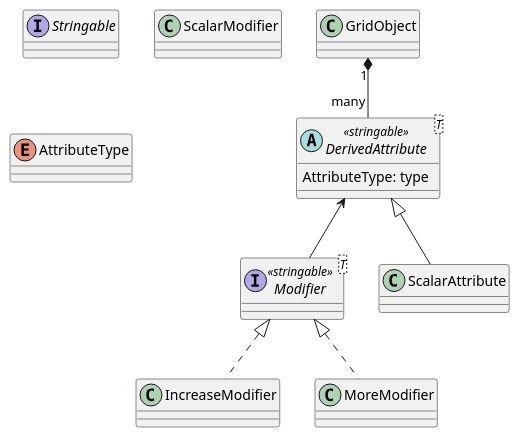
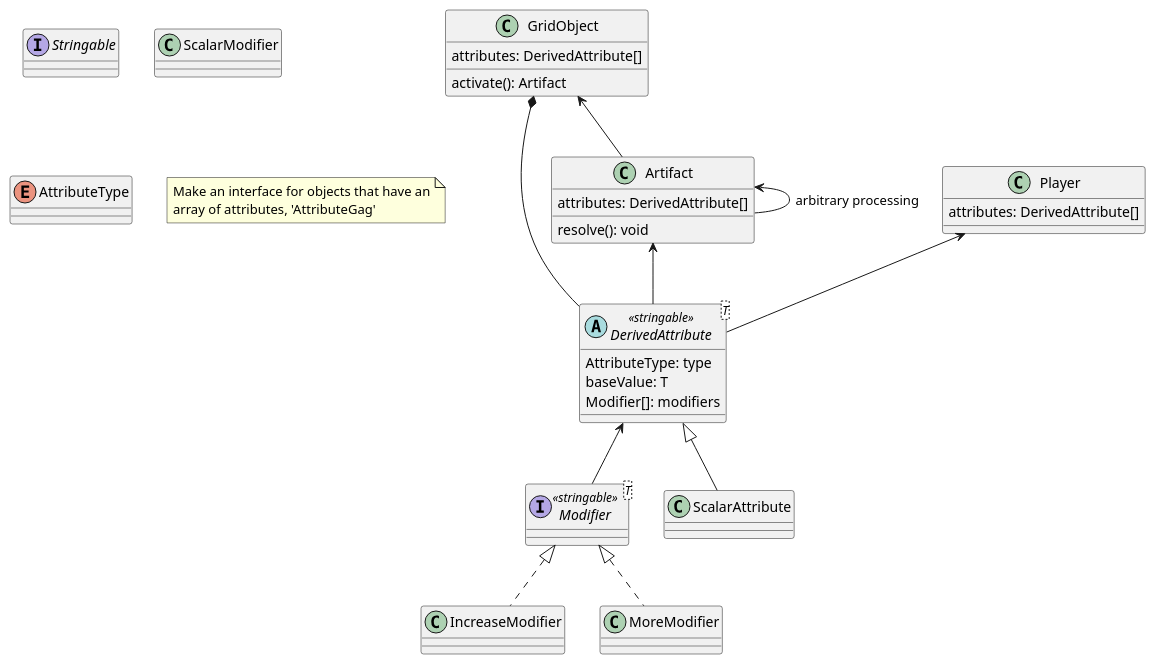
The diagram in src/docs/attributes.wsd (halljared/bpb-simulator), drawn with PlantUML before and after one commit. The commit also changed 8 other files, not shown here.

```diff
--- a/src/docs/attributes.wsd
+++ b/src/docs/attributes.wsd
@@ -1,18 +1,35 @@
 @startuml test
-class GridObject
+class GridObject {
+  activate(): Artifact
+  attributes: DerivedAttribute[]
+}
 interface Stringable
 interface Modifier<T> <<stringable>>
 abstract DerivedAttribute<T> <<stringable>> {
   AttributeType: type
+  baseValue: T
+  Modifier[]: modifiers
+}
+class Player {
+  attributes: DerivedAttribute[]
+}
+class Artifact {
+  attributes: DerivedAttribute[]
+  resolve(): void
 }
 class ScalarAttribute
 class ScalarModifier
 class IncreaseModifier
 class MoreModifier
 enum AttributeType
-GridObject "1" *-- "many" DerivedAttribute
+GridObject *-- DerivedAttribute
 DerivedAttribute <|-- ScalarAttribute
 DerivedAttribute <-- Modifier
 Modifier <|.. IncreaseModifier
 Modifier <|.. MoreModifier
+GridObject <-- Artifact
+Artifact <-- DerivedAttribute
+Artifact <-- Artifact : arbitrary processing
+Player <-- DerivedAttribute
+note "Make an interface for objects that have an\narray of attributes, 'AttributeGag'" as N1
 @enduml
```
